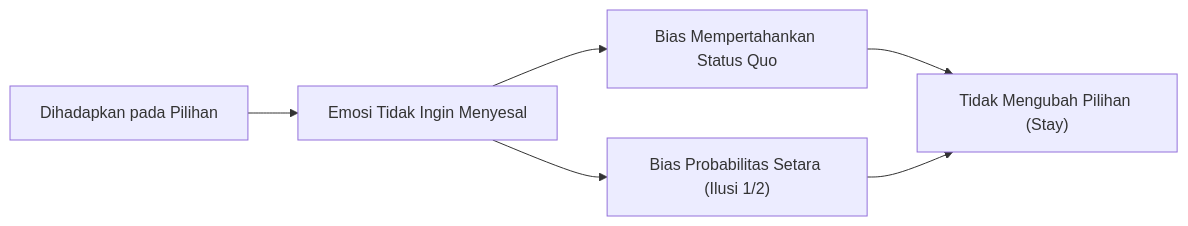
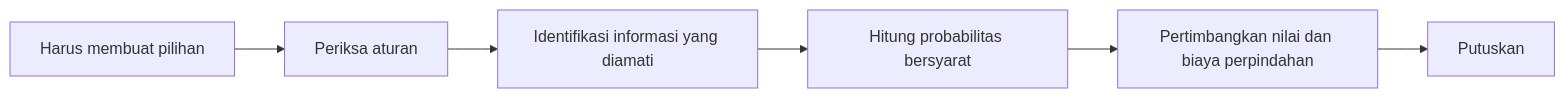
Before and after one commit to kenjinote/blog: the second of 2 diagrams in content/post/paradox-monty-hall-problem/index.id.md, drawn with Mermaid. The commit also changed other lines of this file and 8 other files, not shown here.

````diff
--- a/content/post/paradox-monty-hall-problem/index.id.md
+++ b/content/post/paradox-monty-hall-problem/index.id.md
@@ -190,8 +164,8 @@
 ```mermaid
 flowchart LR
-    Situation["Dihadapkan pada Pilihan"] --> Feeling["Emosi Tidak Ingin Menyesal"]
-    Feeling --> Bias1["Bias Mempertahankan Status Quo"]
-    Feeling --> Bias2["Bias Probabilitas Setara (Ilusi 1/2)"]
-    Bias1 --> Conclusion["Tidak Mengubah Pilihan (Stay)"]
-    Bias2 --> Conclusion
+    Situation["Harus membuat pilihan"] --> Rules["Periksa aturan"]
+    Rules --> Observation["Identifikasi informasi yang diamati"]
+    Observation --> Posterior["Hitung probabilitas bersyarat"]
+    Posterior --> Utility["Pertimbangkan nilai dan biaya perpindahan"]
+    Utility --> Decision["Putuskan"]
 ```
````
